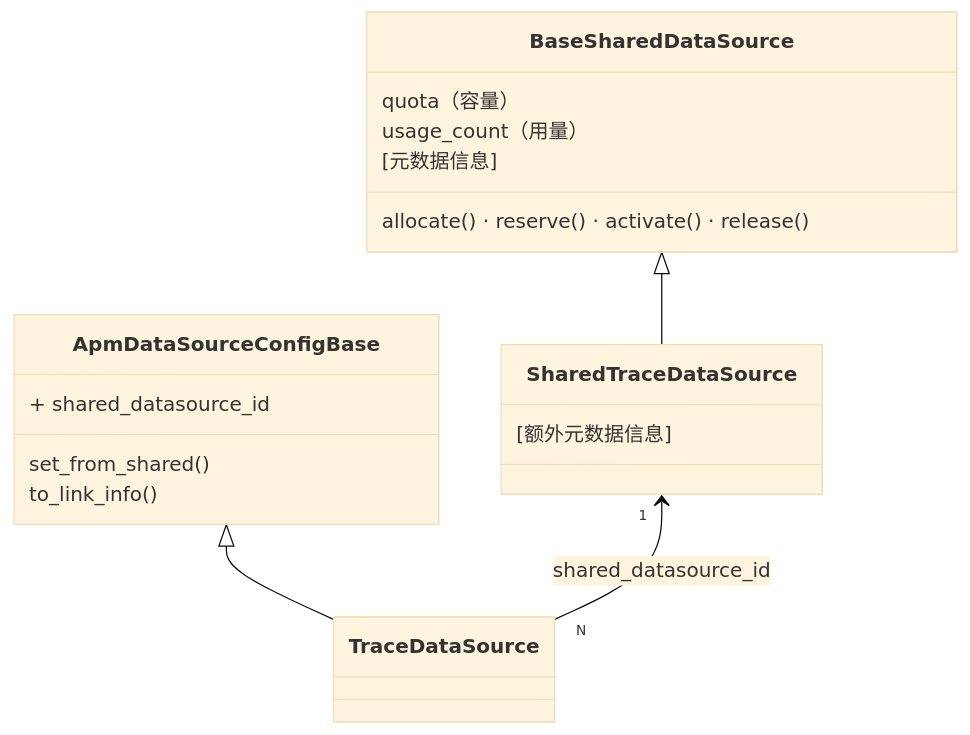
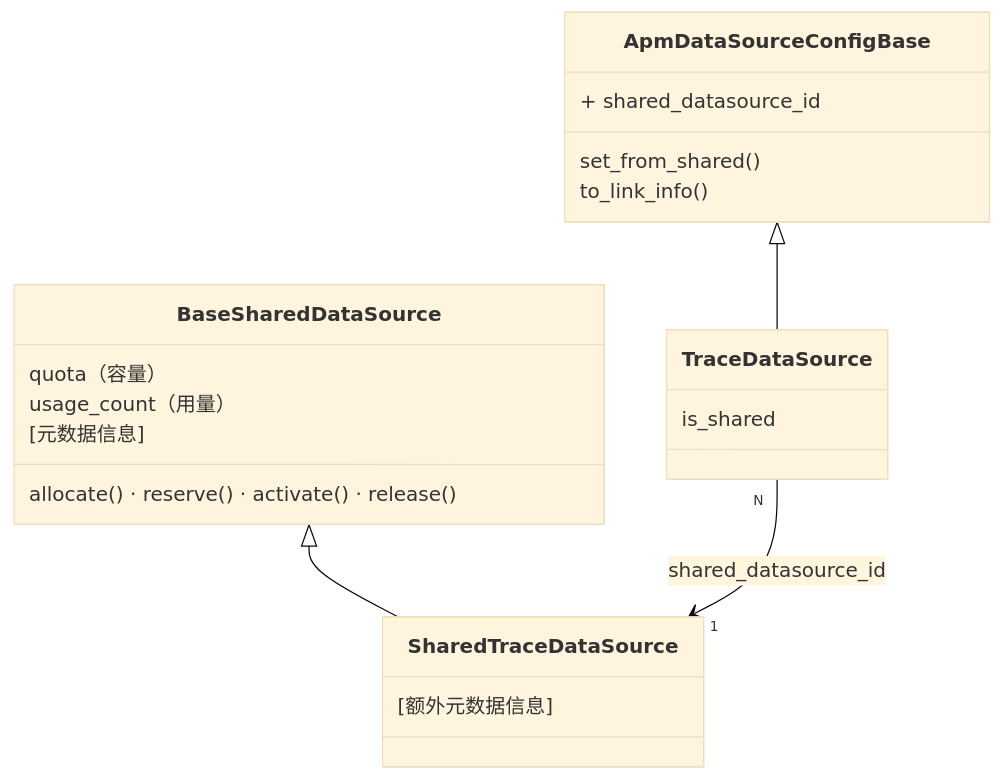
The first of 10 diagrams in knowledge/bkmonitor/issues/2026-03-03-apm-shared-datasource/PLAN.md (ZhuoZhuoCrayon/ai-workspace), drawn with Mermaid (base theme) before and after one commit. The commit also changed other lines of this file, not shown here.

First line of the commit message:
docs(bkmonitor): refine APM shared datasource PLAN structure and diagrams

````diff
--- a/knowledge/bkmonitor/issues/2026-03-03-apm-shared-datasource/PLAN.md
+++ b/knowledge/bkmonitor/issues/2026-03-03-apm-shared-datasource/PLAN.md
@@ -31,22 +31,24 @@
 ```mermaid
 classDiagram
     class BaseSharedDataSource {
         quota（容量）
         usage_count（用量）
         [元数据信息]
         allocate() · reserve() · activate() · release()
     }
     class SharedTraceDataSource {
     		[额外元数据信息]
     }
     class ApmDataSourceConfigBase {
         + shared_datasource_id
         set_from_shared()
         to_link_info()
     }
-    class TraceDataSource
+    class TraceDataSource {
+        is_shared
+    }
 
     BaseSharedDataSource <|-- SharedTraceDataSource
     ApmDataSourceConfigBase <|-- TraceDataSource
-    SharedTraceDataSource "1" <-- "N" TraceDataSource : shared_datasource_id
+    TraceDataSource "N" --> "1" SharedTraceDataSource : shared_datasource_id
 ```
````
